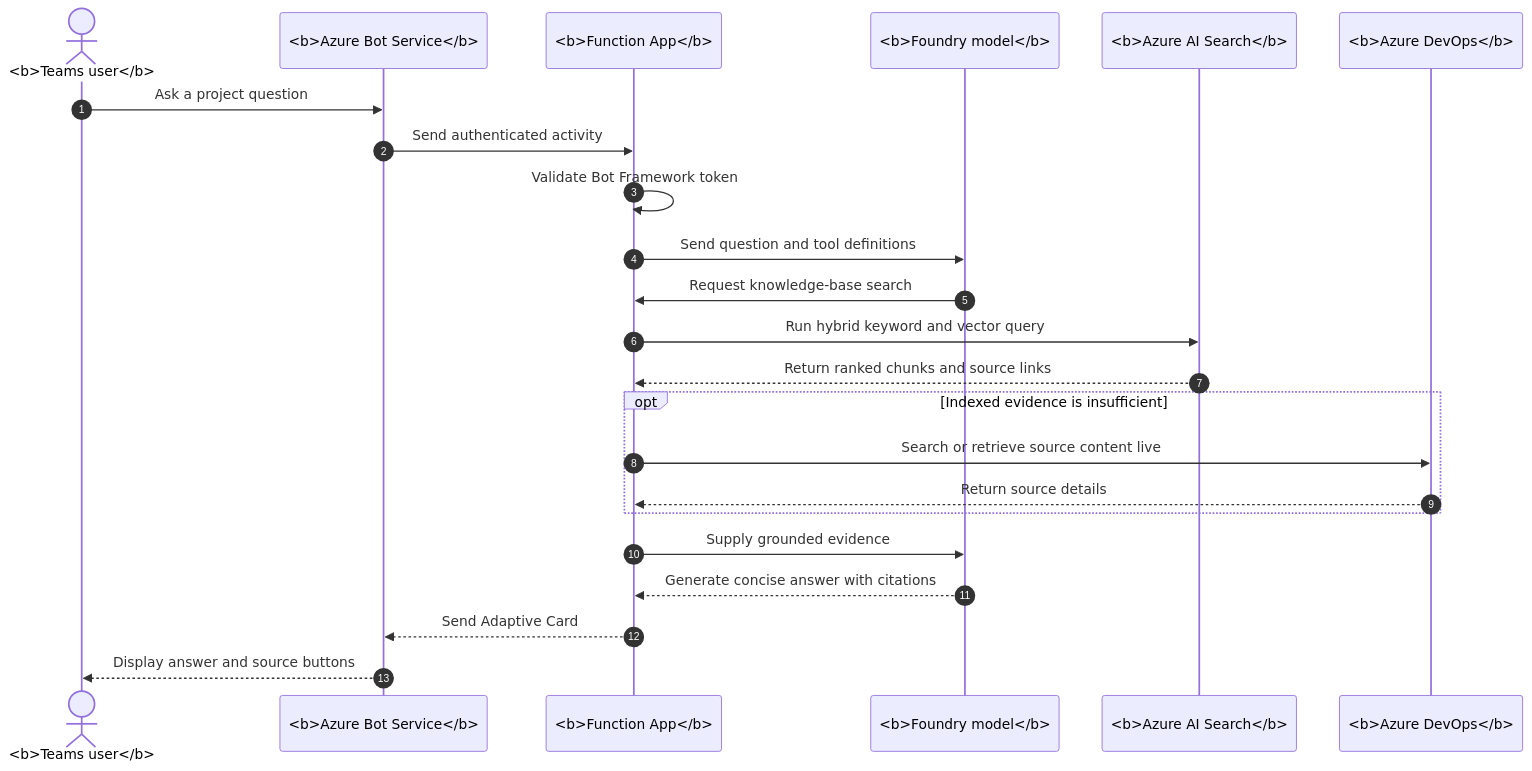
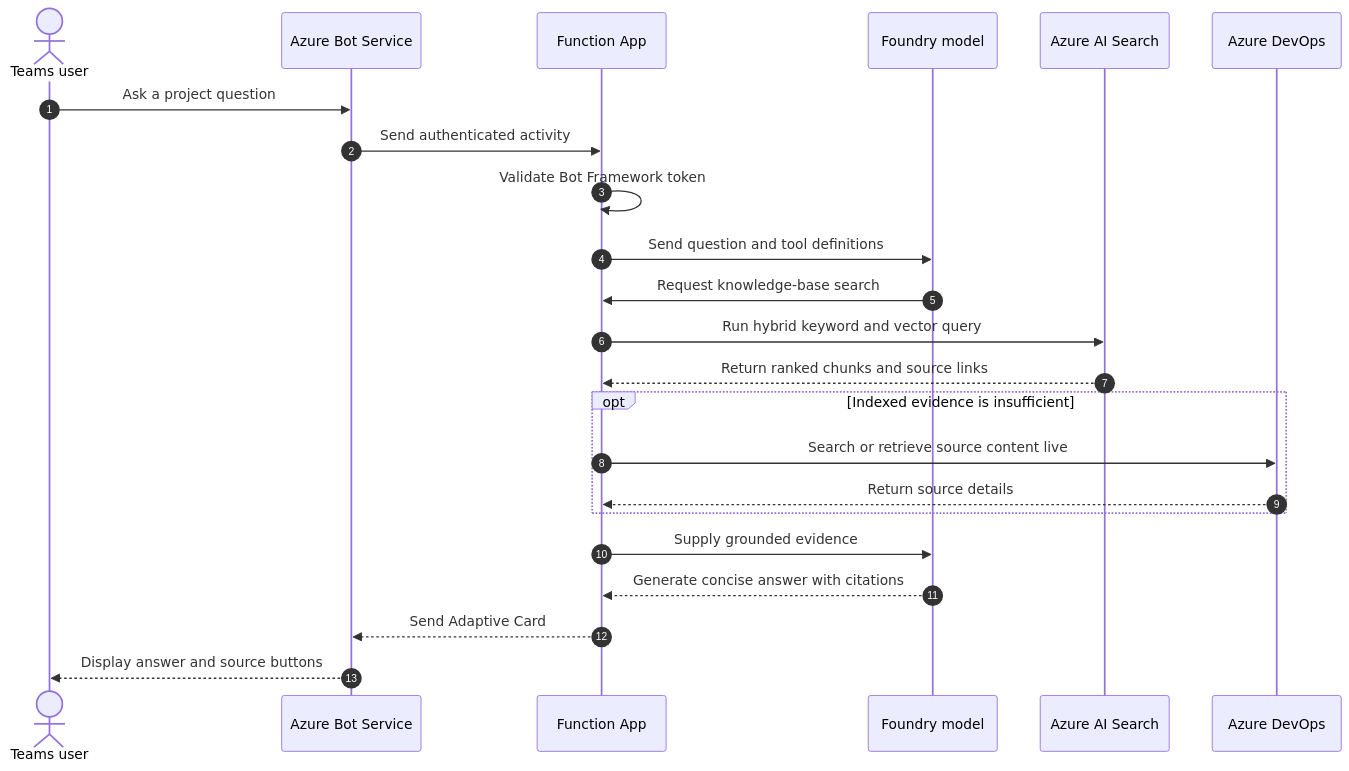
The second of 5 diagrams in docs/architecture.md (madhurshukla23/Migration-Knowledge-IQ), drawn with Mermaid before and after one commit.

Commit message:
Refactor sequence diagram in architecture documentation to improve readability by removing unnecessary HTML bold tags

````diff
--- a/docs/architecture.md
+++ b/docs/architecture.md
@@ -124,27 +124,27 @@
 ```mermaid
 %%{init: {"themeVariables": {"fontSize": "18px"}, "sequence": {"actorFontSize": 18, "messageFontSize": 16, "noteFontSize": 16, "sequenceNumberFontSize": 14}}}%%
 sequenceDiagram
     autonumber
-    actor User as <b>Teams user</b>
-    participant Bot as <b>Azure Bot Service</b>
-    participant App as <b>Function App</b>
-    participant Model as <b>Foundry model</b>
-    participant Search as <b>Azure AI Search</b>
-    participant ADO as <b>Azure DevOps</b>
+    actor User as Teams user
+    participant Bot as Azure Bot Service
+    participant App as Function App
+    participant Model as Foundry model
+    participant Search as Azure AI Search
+    participant ADO as Azure DevOps
 
     User->>Bot: Ask a project question
     Bot->>App: Send authenticated activity
     App->>App: Validate Bot Framework token
     App->>Model: Send question and tool definitions
     Model->>App: Request knowledge-base search
     App->>Search: Run hybrid keyword and vector query
     Search-->>App: Return ranked chunks and source links
     opt Indexed evidence is insufficient
         App->>ADO: Search or retrieve source content live
         ADO-->>App: Return source details
     end
     App->>Model: Supply grounded evidence
     Model-->>App: Generate concise answer with citations
     App-->>Bot: Send Adaptive Card
     Bot-->>User: Display answer and source buttons
 ```
````
